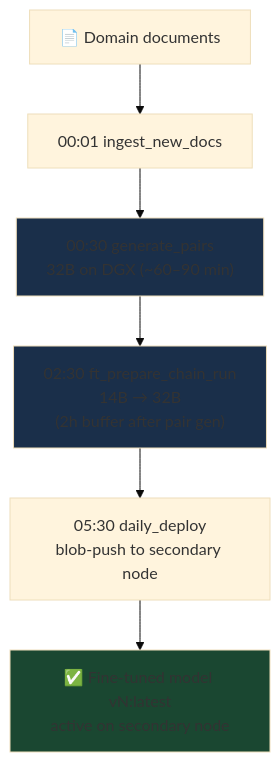
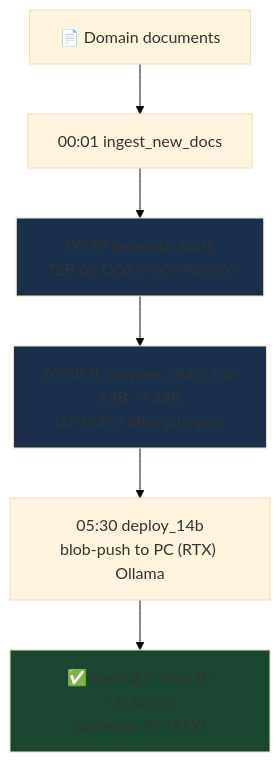
Diagram 11 of 12 in README.md (AxiOMSphereAssistanceAIMS/AxiOMSphere), drawn with Mermaid (base theme) before and after one commit. The commit also changed other lines of this file, not shown here.

````diff
--- a/README.md
+++ b/README.md
@@ -606,11 +647,11 @@
 ```mermaid
 flowchart TD
     DOCS["📄 Domain documents"] --> INGEST["00:01 ingest_new_docs"]
-    INGEST --> PAIRS["00:30 generate_pairs\n32B on DGX (~60–90 min)"]
+    INGEST --> PAIRS["00:30 generate_pairs\n72B on DGX (~60–90 min)"]
     PAIRS --> FT["02:30 ft_prepare_chain_run\n14B → 32B\n(2h buffer after pair gen)"]
-    FT --> DEPLOY["05:30 daily_deploy\nblob-push to secondary node"]
-    DEPLOY --> BOT["✅ Fine-tuned model vN:latest\nactive on secondary node"]
+    FT --> DEPLOY["05:30 deploy_14b\nblob-push to PC (RTX) Ollama"]
+    DEPLOY --> BOT["✅ qwen2.5-aims-ft-vN:latest\nactive on PC (RTX)"]
     style PAIRS fill:#1a2f4a
     style FT fill:#1a2f4a
     style BOT fill:#1a4731
 ```
````
